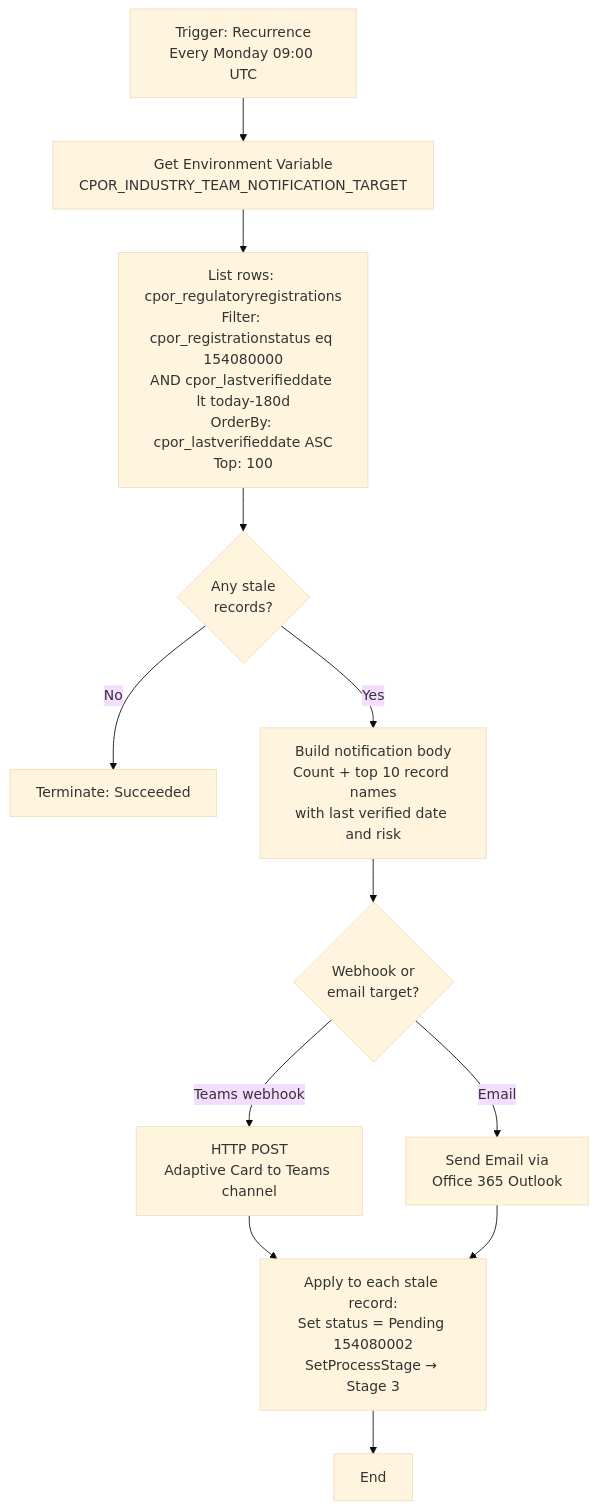
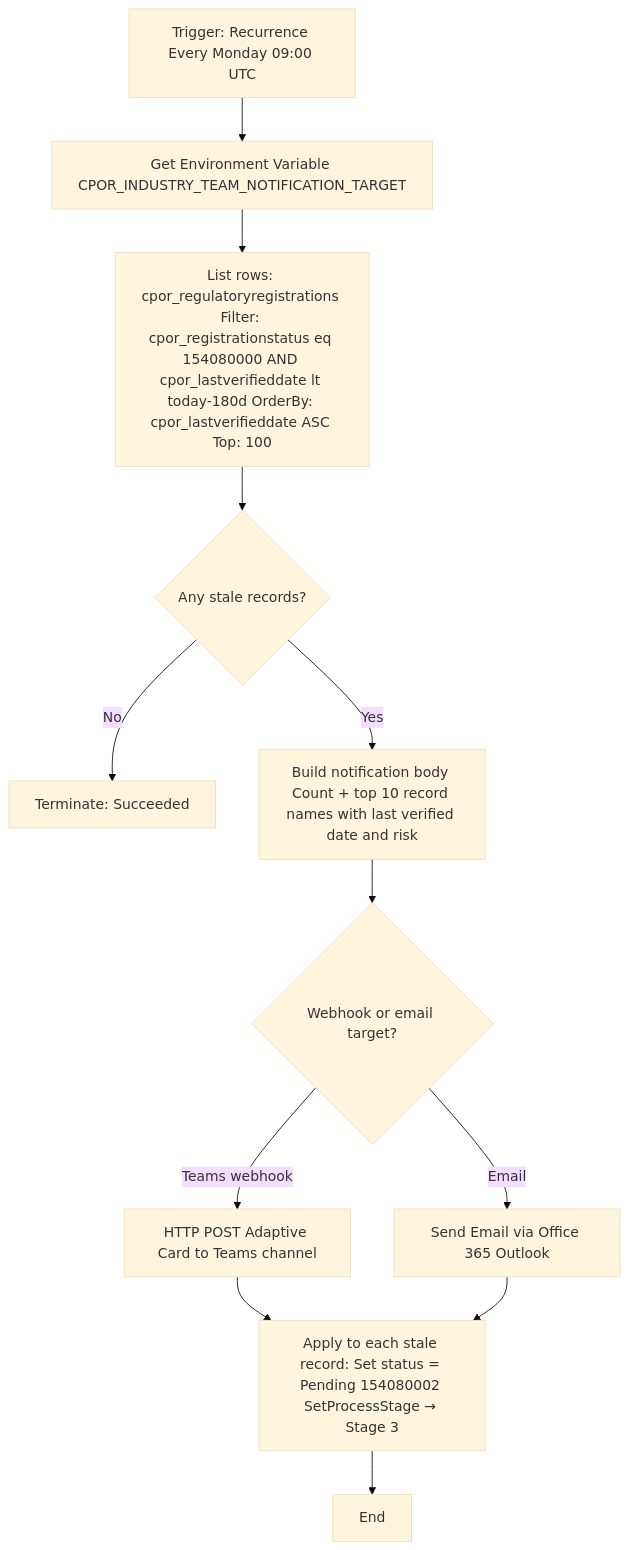
One commit to enewbold-devops/CPOR-Industry-Engagement changed diagram 13 of 23 in README.md. Above: the diagram before and after it, drawn with Mermaid (base theme). The commit also changed other lines of this file, not shown here.

````diff
--- a/README.md
+++ b/README.md
@@ -708,14 +714,14 @@
 ```mermaid
 flowchart TD
-    T[Trigger: Recurrence\nEvery Monday 09:00 UTC] --> EV[Get Environment Variable\nCPOR_INDUSTRY_TEAM_NOTIFICATION_TARGET]
-    EV --> Q[List rows: cpor_regulatoryregistrations\nFilter: cpor_registrationstatus eq 154080000\nAND cpor_lastverifieddate lt today-180d\nOrderBy: cpor_lastverifieddate ASC\nTop: 100]
-    Q --> C{Any stale\nrecords?}
+    T[Trigger: Recurrence Every Monday 09:00 UTC] --> EV[Get Environment Variable CPOR_INDUSTRY_TEAM_NOTIFICATION_TARGET]
+    EV --> Q[List rows: cpor_regulatoryregistrations Filter: cpor_registrationstatus eq 154080000 AND cpor_lastverifieddate lt today-180d OrderBy: cpor_lastverifieddate ASC Top: 100]
+    Q --> C{Any stale records?}
     C -->|No| END[Terminate: Succeeded]
-    C -->|Yes| MSG[Build notification body\nCount + top 10 record names\nwith last verified date and risk]
-    MSG --> RT{Webhook or\nemail target?}
-    RT -->|Teams webhook| WH[HTTP POST\nAdaptive Card to Teams channel]
-    RT -->|Email| EM[Send Email via\nOffice 365 Outlook]
-    WH --> UPD[Apply to each stale record:\nSet status = Pending 154080002\nSetProcessStage → Stage 3]
+    C -->|Yes| MSG[Build notification body Count + top 10 record names with last verified date and risk]
+    MSG --> RT{Webhook or email target?}
+    RT -->|Teams webhook| WH[HTTP POST Adaptive Card to Teams channel]
+    RT -->|Email| EM[Send Email via Office 365 Outlook]
+    WH --> UPD[Apply to each stale record: Set status = Pending 154080002 SetProcessStage → Stage 3]
     EM --> UPD
     UPD --> DONE[End]
 ```
````
